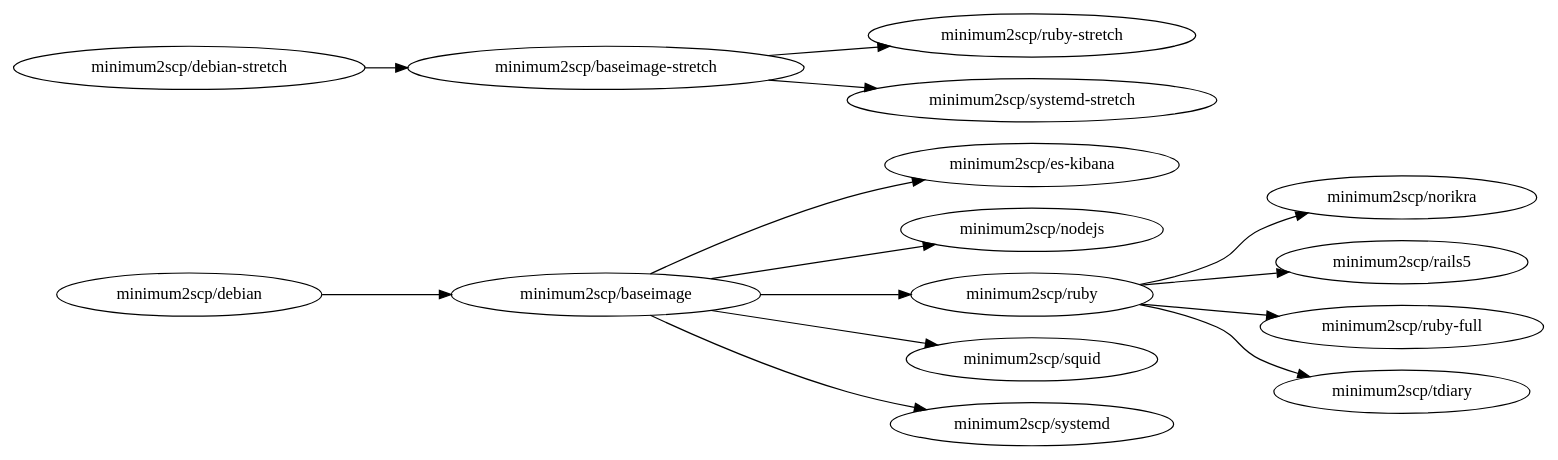
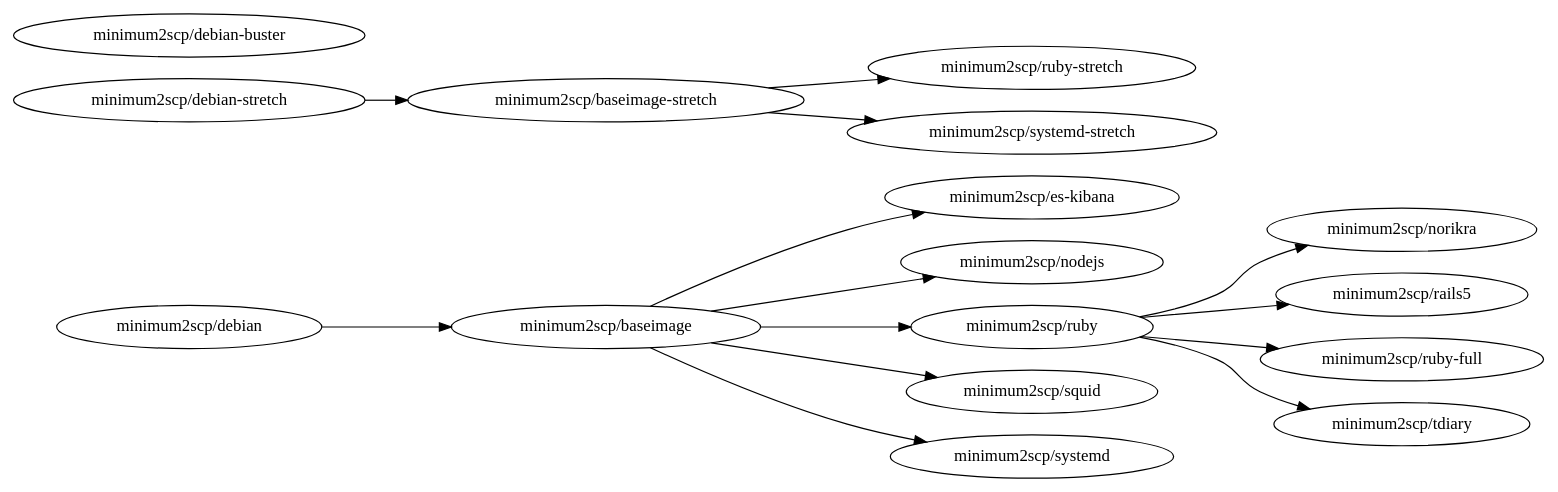
Before and after one commit to minimum2scp/dockerfiles: the diagram in deps.dot, drawn with Graphviz. The commit also changed 7 other files, not shown here.

Commit message:
Added debian-buster image

```diff
--- a/deps.dot
+++ b/deps.dot
@@ -1,29 +1,32 @@
 digraph deps {
   graph        [rankdir = "LR"];
   ratio = auto;
 
 
   baseimage         [label = "minimum2scp/baseimage"];
   baseimage_stretch [label = "minimum2scp/baseimage-stretch"];
   debian            [label = "minimum2scp/debian"];
+  debian_buster     [label = "minimum2scp/debian-buster "];
   debian_stretch    [label = "minimum2scp/debian-stretch"];
   es_kibana         [label = "minimum2scp/es-kibana"];
   nodejs            [label = "minimum2scp/nodejs"];
   norikra           [label = "minimum2scp/norikra"];
   rails5            [label = "minimum2scp/rails5"];
   ruby              [label = "minimum2scp/ruby"];
   ruby_full         [label = "minimum2scp/ruby-full"];
   ruby_stretch      [label = "minimum2scp/ruby-stretch"];
   squid             [label = "minimum2scp/squid"];
   systemd           [label = "minimum2scp/systemd"];
   systemd_stretch   [label = "minimum2scp/systemd-stretch"];
   tdiary            [label = "minimum2scp/tdiary"];
 
   debian    -> baseimage;
   baseimage -> {es_kibana, nodejs, ruby, squid, systemd};
   ruby      -> {norikra, rails5, ruby_full, tdiary};
 
+  debian_buster;
+
   debian_stretch   -> baseimage_stretch;
   baseimage_stretch -> {systemd_stretch, ruby_stretch};
 
 }
```
